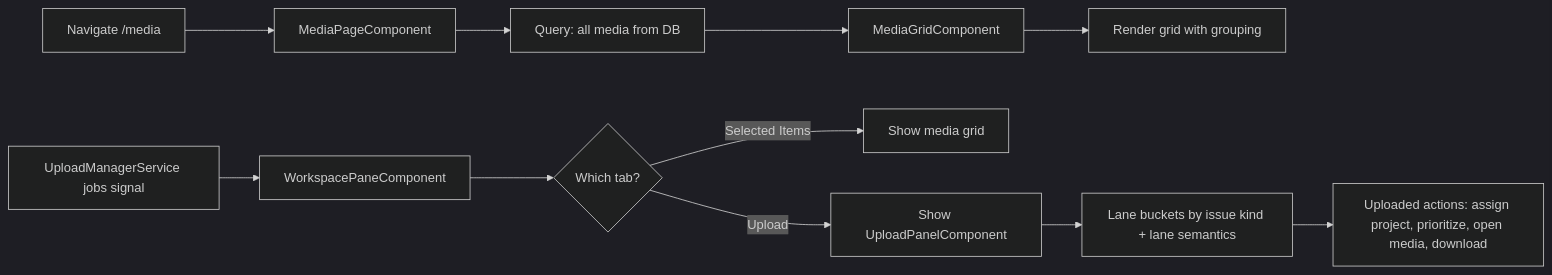
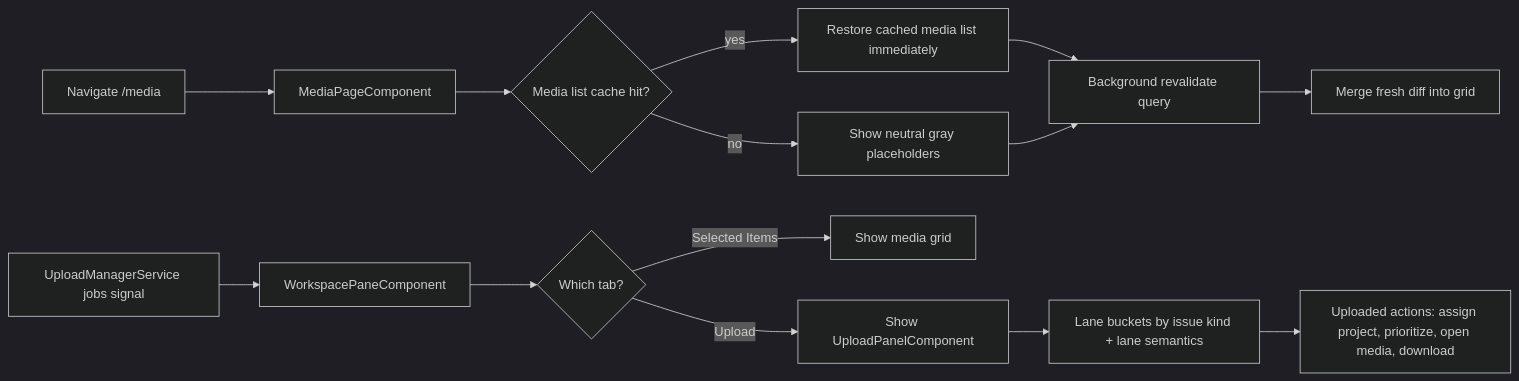
Before and after one commit to matkleve/feldpost: the first of 3 diagrams in docs/element-specs/media-page.md, drawn with Mermaid (dark theme). The commit also changed other lines of this file and 14 other files, not shown here.

````diff
--- a/docs/element-specs/media-page.md
+++ b/docs/element-specs/media-page.md
@@ -162,14 +166,17 @@
 ```mermaid
 flowchart LR
     A["Navigate /media"] --> B["MediaPageComponent"]
-    B --> C["Query: all media from DB"]
-    C --> D["MediaGridComponent"]
-    D --> E["Render grid with grouping"]
+    B --> C{"Media list cache hit?"}
+    C -->|yes| D["Restore cached media list immediately"]
+    C -->|no| E["Show neutral gray placeholders"]
+    D --> F["Background revalidate query"]
+    E --> F
+    F --> G["Merge fresh diff into grid"]
 
-    F["UploadManagerService jobs signal"] --> G["WorkspacePaneComponent"]
-    G --> H{"Which tab?"}
-    H -->|Selected Items| I["Show media grid"]
-    H -->|Upload| J["Show UploadPanelComponent"]
-    J --> K["Lane buckets by issue kind + lane semantics"]
-    K --> L["Uploaded actions: assign project, prioritize, open media, download"]
+    H["UploadManagerService jobs signal"] --> I["WorkspacePaneComponent"]
+    I --> J{"Which tab?"}
+    J -->|Selected Items| K["Show media grid"]
+    J -->|Upload| L["Show UploadPanelComponent"]
+    L --> M["Lane buckets by issue kind + lane semantics"]
+    M --> N["Uploaded actions: assign project, prioritize, open media, download"]
 ```
````
